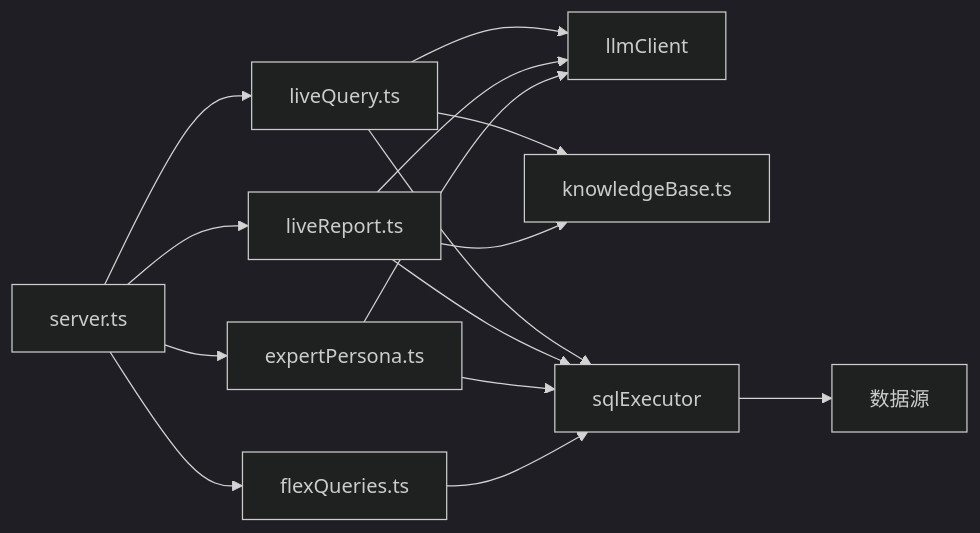
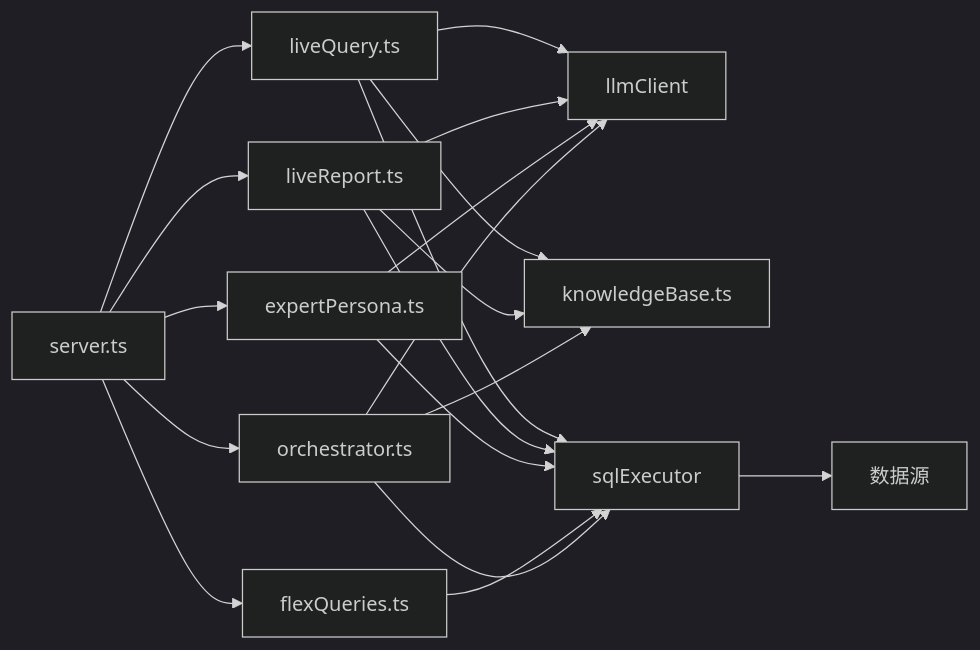
Before and after one commit to dgjin/smart-data-analytics: the tenth of 10 diagrams in .qoder/repowiki/zh/content/项目概述/系统介绍与特性.md, drawn with Mermaid (dark theme). The commit also changed other lines of this file and 146 other files, not shown here.

````diff
--- a/.qoder/repowiki/zh/content/项目概述/系统介绍与特性.md
+++ b/.qoder/repowiki/zh/content/项目概述/系统介绍与特性.md
@@ -329,17 +375,21 @@
 ```mermaid
 graph LR
 S["server.ts"] --> Q["liveQuery.ts"]
 S --> R["liveReport.ts"]
 S --> EP["expertPersona.ts"]
 S --> FQ["flexQueries.ts"]
+S --> AO["orchestrator.ts"]
 Q --> L["llmClient"]
 R --> L
 EP --> L
+AO --> L
 Q --> KB["knowledgeBase.ts"]
 R --> KB
+AO --> KB
 Q --> SE["sqlExecutor"]
 R --> SE
 EP --> SE
 FQ --> SE
+AO --> SE
 SE --> DB["数据源"]
 ```
````
